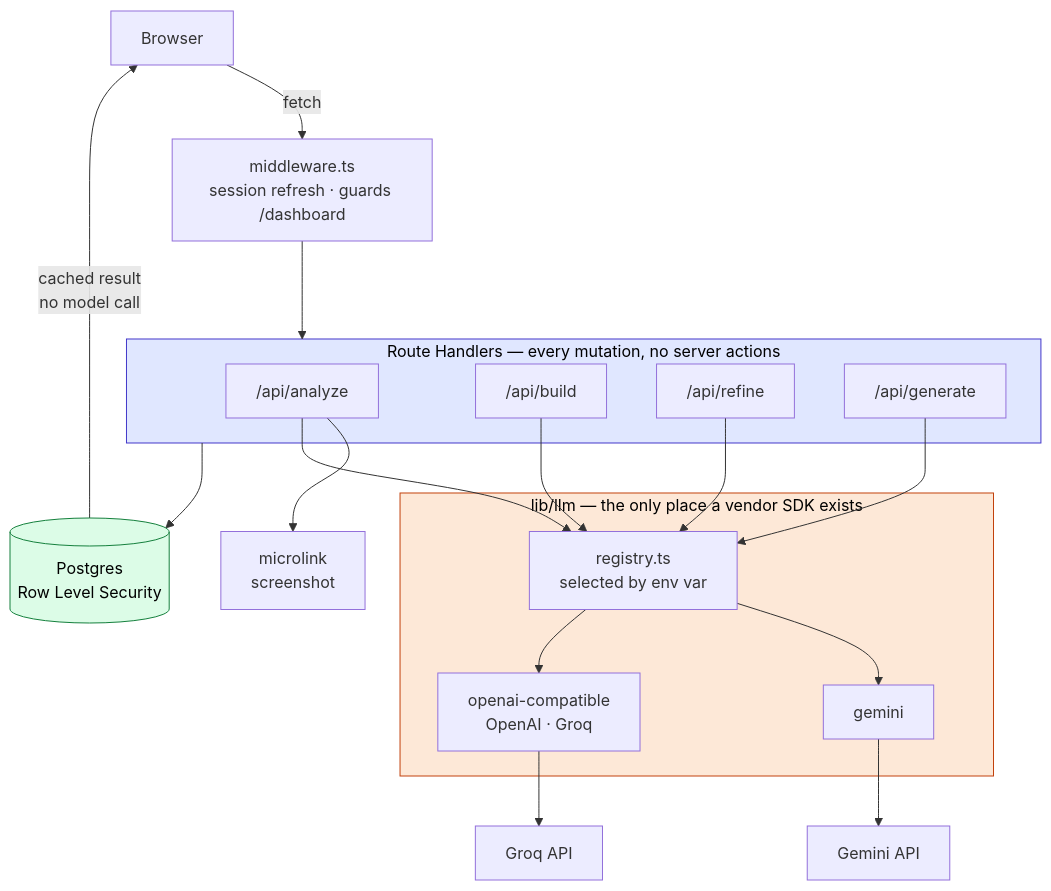
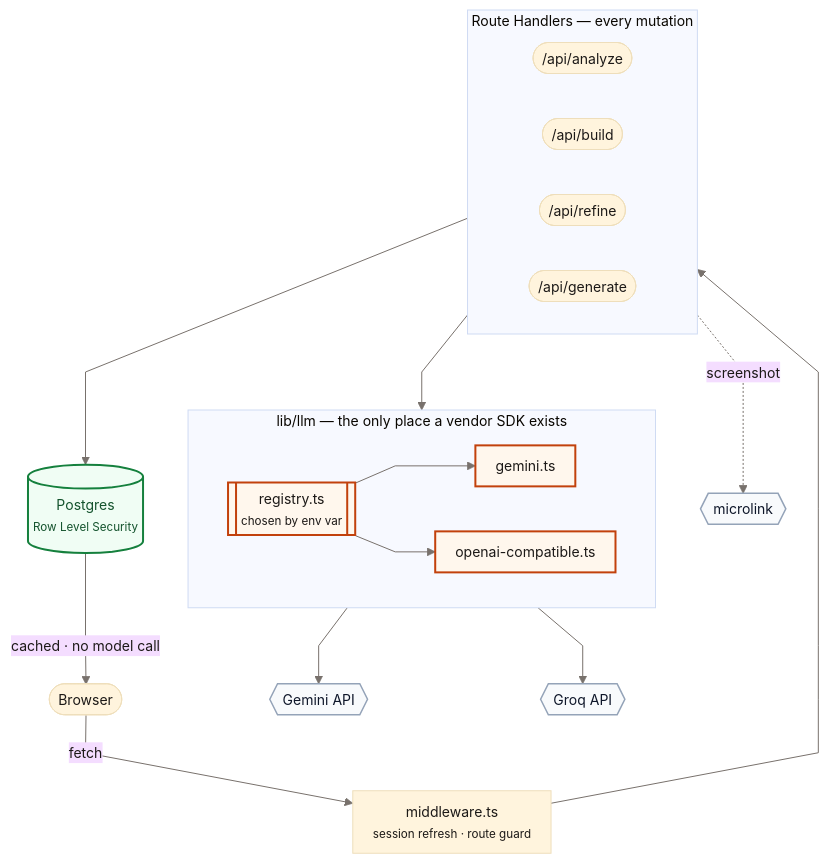
The first of 5 diagrams in internal/notes/video-diagrams.md (Rounak7721/ReForge), drawn with Mermaid before and after one commit. The commit also changed other lines of this file and 5 other files, not shown here.

````diff
--- a/internal/notes/video-diagrams.md
+++ b/internal/notes/video-diagrams.md
@@ -22,35 +43,42 @@
 ```mermaid
+%%{init: {'theme':'base','themeVariables':{'fontFamily':'ui-sans-serif, system-ui, sans-serif','fontSize':'14px','lineColor':'#78716c','primaryTextColor':'#1c1917'},'flowchart':{'curve':'linear','nodeSpacing':45,'rankSpacing':55,'padding':10}}}%%
 flowchart TB
-    U["Browser"]
-    MW["middleware.ts<br/>session refresh · guards /dashboard"]
+    U(["Browser"])
+    MW["middleware.ts<br/><small>session refresh · route guard</small>"]
 
-    subgraph RH["Route Handlers — every mutation, no server actions"]
-        AN["/api/analyze"]
-        BU["/api/build"]
-        RE["/api/refine"]
-        GE["/api/generate"]
+    subgraph RH["Route Handlers — every mutation"]
+        direction LR
+        AN(["/api/analyze"])
+        BU(["/api/build"])
+        RE(["/api/refine"])
+        GE(["/api/generate"])
     end
 
     subgraph LLM["lib/llm — the only place a vendor SDK exists"]
-        REG["registry.ts<br/>selected by env var"]
-        G["gemini"]
-        O["openai-compatible<br/>OpenAI · Groq"]
+        direction LR
+        REG[["registry.ts<br/><small>chosen by env var</small>"]]
+        PG1["gemini.ts"]
+        PG2["openai-compatible.ts"]
     end
 
-    PG[("Postgres<br/>Row Level Security")]
-    GEM["Gemini API"]
-    GRQ["Groq API"]
-    SHOT["microlink<br/>screenshot"]
+    DB[("Postgres<br/><small>Row Level Security</small>")]
+    GEM{{"Gemini API"}}
+    GRQ{{"Groq API"}}
+    SHOT{{"microlink"}}
 
-    U -->|fetch| MW --> RH
-    AN --> SHOT
-    AN & BU & RE & GE --> REG
-    REG --> G --> GEM
-    REG --> O --> GRQ
-    RH --> PG
-    PG -->|cached result<br/>no model call| U
+    U -->|fetch| MW
+    MW --> RH
+    AN -.screenshot.-> SHOT
+    RH --> REG
+    REG --> PG1 --> GEM
+    REG --> PG2 --> GRQ
+    RH --> DB
+    DB -->|"cached · no model call"| U
 
-    style LLM fill:#fde8d7,stroke:#c2410c,color:#000
-    style PG fill:#dcfce7,stroke:#15803d,color:#000
-    style RH fill:#e0e7ff,stroke:#4338ca,color:#000
+    classDef core fill:#fff7ed,stroke:#c2410c,stroke-width:2px,color:#1c1917
+    classDef data fill:#f0fdf4,stroke:#15803d,stroke-width:2px,color:#14532d
+    classDef ext fill:#f8fafc,stroke:#94a3b8,stroke-width:1.5px,color:#0f172a
+    class REG,PG1,PG2 core
+    class DB data
+    class GEM,GRQ,SHOT ext
 ```
````
